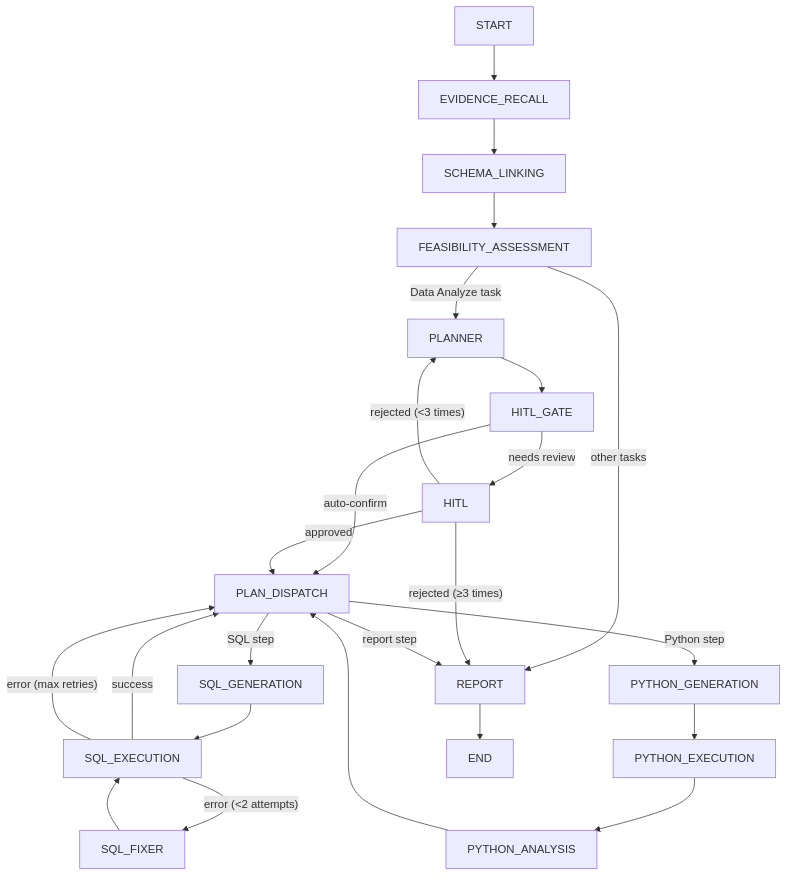
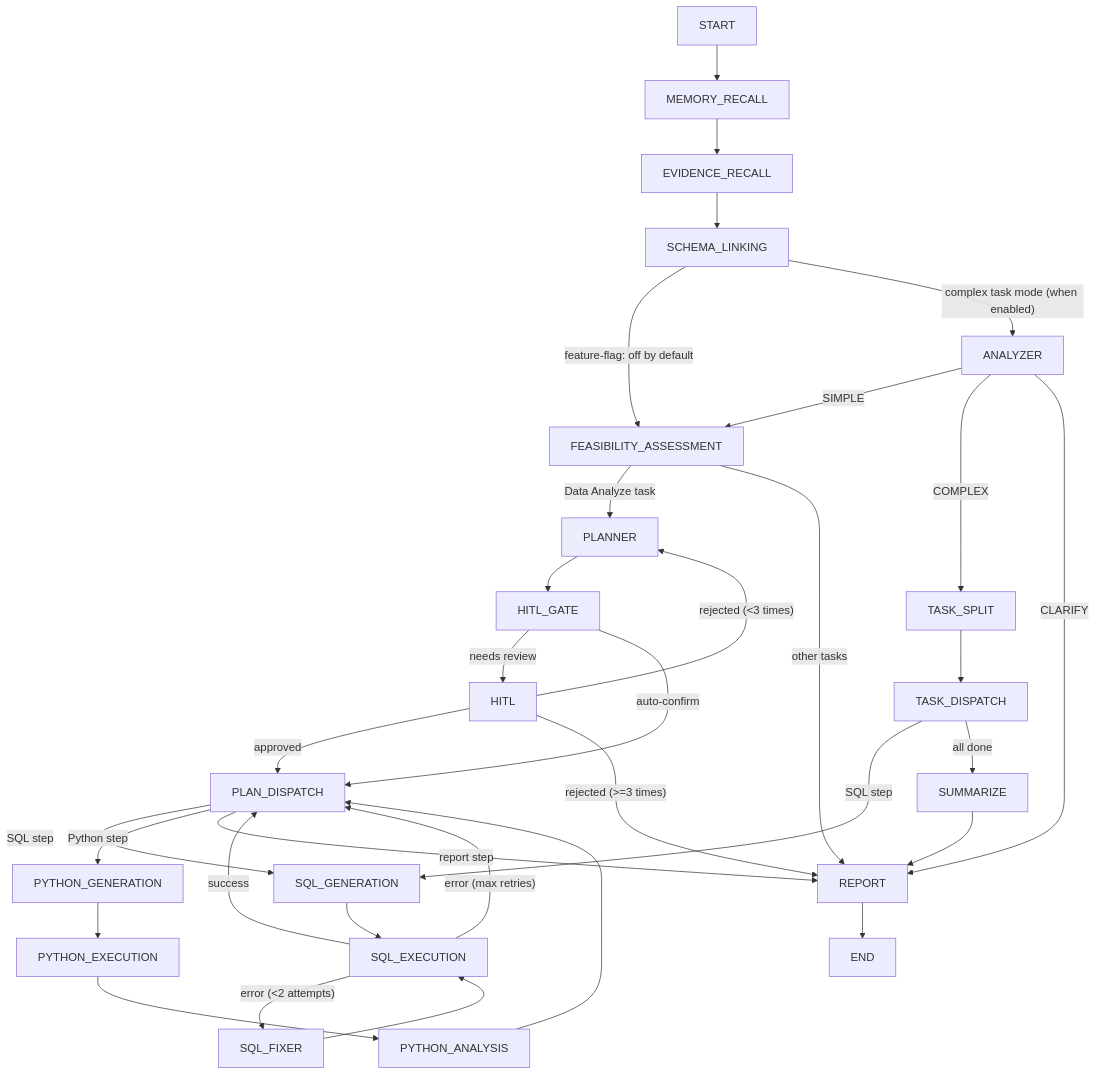
Before and after one commit to shixia9/MustBeTheSQL-Server: the diagram in README.md, drawn with Mermaid. The commit also changed other lines of this file and 1 other file, not shown here.

````diff
--- a/README.md
+++ b/README.md
@@ -36,34 +54,44 @@
 ```mermaid
 flowchart TB
-    START --> EVIDENCE_RECALL
+    START --> MEMORY_RECALL
+    MEMORY_RECALL --> EVIDENCE_RECALL
     EVIDENCE_RECALL --> SCHEMA_LINKING
-    SCHEMA_LINKING --> FEASIBILITY_ASSESSMENT
+
+    SCHEMA_LINKING -->|"feature-flag: off by default"| FEASIBILITY_ASSESSMENT
+    SCHEMA_LINKING -->|"complex task mode (when enabled)"| ANALYZER
+
+    ANALYZER -->|"SIMPLE"| FEASIBILITY_ASSESSMENT
+    ANALYZER -->|"COMPLEX"| TASK_SPLIT
+    ANALYZER -->|"CLARIFY"| REPORT
+
+    TASK_SPLIT --> TASK_DISPATCH
+    TASK_DISPATCH -->|"SQL step"| SQL_GENERATION
+    TASK_DISPATCH -->|"all done"| SUMMARIZE
+    SUMMARIZE --> REPORT
 
     FEASIBILITY_ASSESSMENT -->|"Data Analyze task"| PLANNER
     FEASIBILITY_ASSESSMENT -->|"other tasks"| REPORT
 
     PLANNER --> HITL_GATE
-
     HITL_GATE -->|"needs review"| HITL
     HITL_GATE -->|"auto-confirm"| PLAN_DISPATCH
-
     HITL -->|"approved"| PLAN_DISPATCH
     HITL -->|"rejected (<3 times)"| PLANNER
-    HITL -->|"rejected (≥3 times)"| REPORT
+    HITL -->|"rejected (>=3 times)"| REPORT
 
     PLAN_DISPATCH -->|"SQL step"| SQL_GENERATION
     PLAN_DISPATCH -->|"Python step"| PYTHON_GENERATION
     PLAN_DISPATCH -->|"report step"| REPORT
 
     SQL_GENERATION --> SQL_EXECUTION
     SQL_EXECUTION -->|"success"| PLAN_DISPATCH
     SQL_EXECUTION -->|"error (<2 attempts)"| SQL_FIXER
     SQL_EXECUTION -->|"error (max retries)"| PLAN_DISPATCH
     SQL_FIXER --> SQL_EXECUTION
 
     PYTHON_GENERATION --> PYTHON_EXECUTION
     PYTHON_EXECUTION --> PYTHON_ANALYSIS
     PYTHON_ANALYSIS --> PLAN_DISPATCH
 
     REPORT --> END
 ```
````
